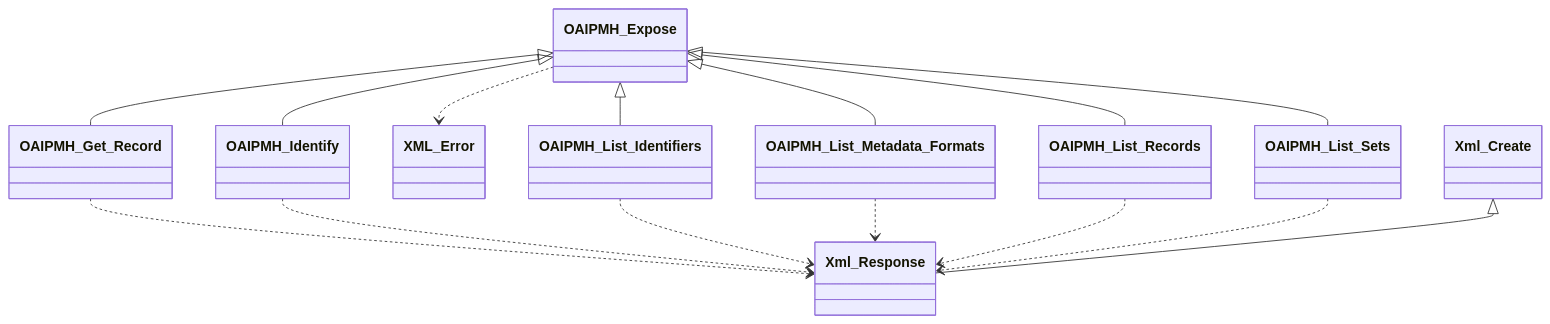
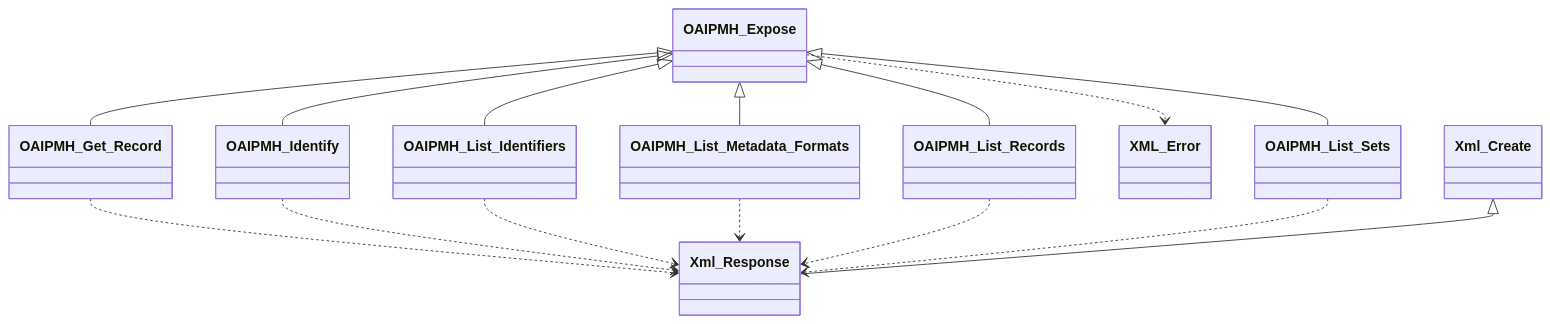
One commit to tainacan/tainacan changed diagram 11 of 13 in docs/phpdoc/Home.md. Above: the diagram before and after it, drawn with Mermaid. The commit also changed other lines of this file and 79 other files, not shown here.

````diff
--- a/docs/phpdoc/Home.md
+++ b/docs/phpdoc/Home.md
@@ -661,28 +666,28 @@
 ```mermaid
 classDiagram
     direction TB
+    class OAIPMH_Get_Record { }
+    class OAIPMH_List_Identifiers { }
+    class OAIPMH_List_Sets { }
+    class OAIPMH_Expose { }
     class OAIPMH_List_Metadata_Formats { }
-    class OAIPMH_Get_Record { }
+    class OAIPMH_Identify { }
     class XML_Error { }
-    class OAIPMH_Expose { }
+    class Xml_Response { }
     class OAIPMH_List_Records { }
-    class Xml_Response { }
-    class OAIPMH_List_Identifiers { }
     class Xml_Create { }
-    class OAIPMH_Identify { }
-    class OAIPMH_List_Sets { }
     OAIPMH_Expose ..> XML_Error
     OAIPMH_Expose <|-- OAIPMH_Get_Record
     OAIPMH_Expose <|-- OAIPMH_Identify
     OAIPMH_Expose <|-- OAIPMH_List_Identifiers
     OAIPMH_Expose <|-- OAIPMH_List_Metadata_Formats
     OAIPMH_Expose <|-- OAIPMH_List_Records
     OAIPMH_Expose <|-- OAIPMH_List_Sets
     OAIPMH_Get_Record ..> Xml_Response
     OAIPMH_Identify ..> Xml_Response
     OAIPMH_List_Identifiers ..> Xml_Response
     OAIPMH_List_Metadata_Formats ..> Xml_Response
     OAIPMH_List_Records ..> Xml_Response
     OAIPMH_List_Sets ..> Xml_Response
     Xml_Create <|-- Xml_Response
 ```
````
